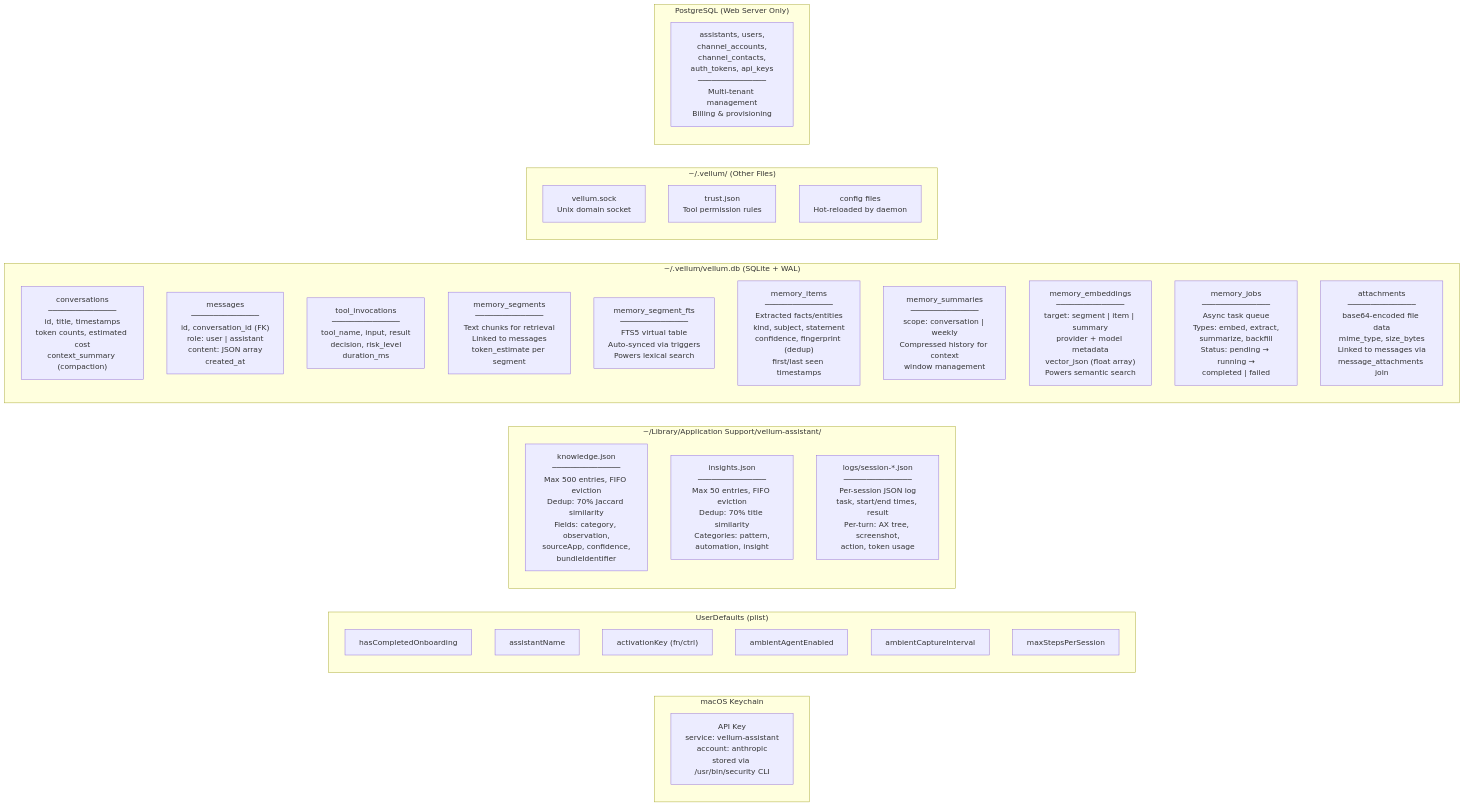
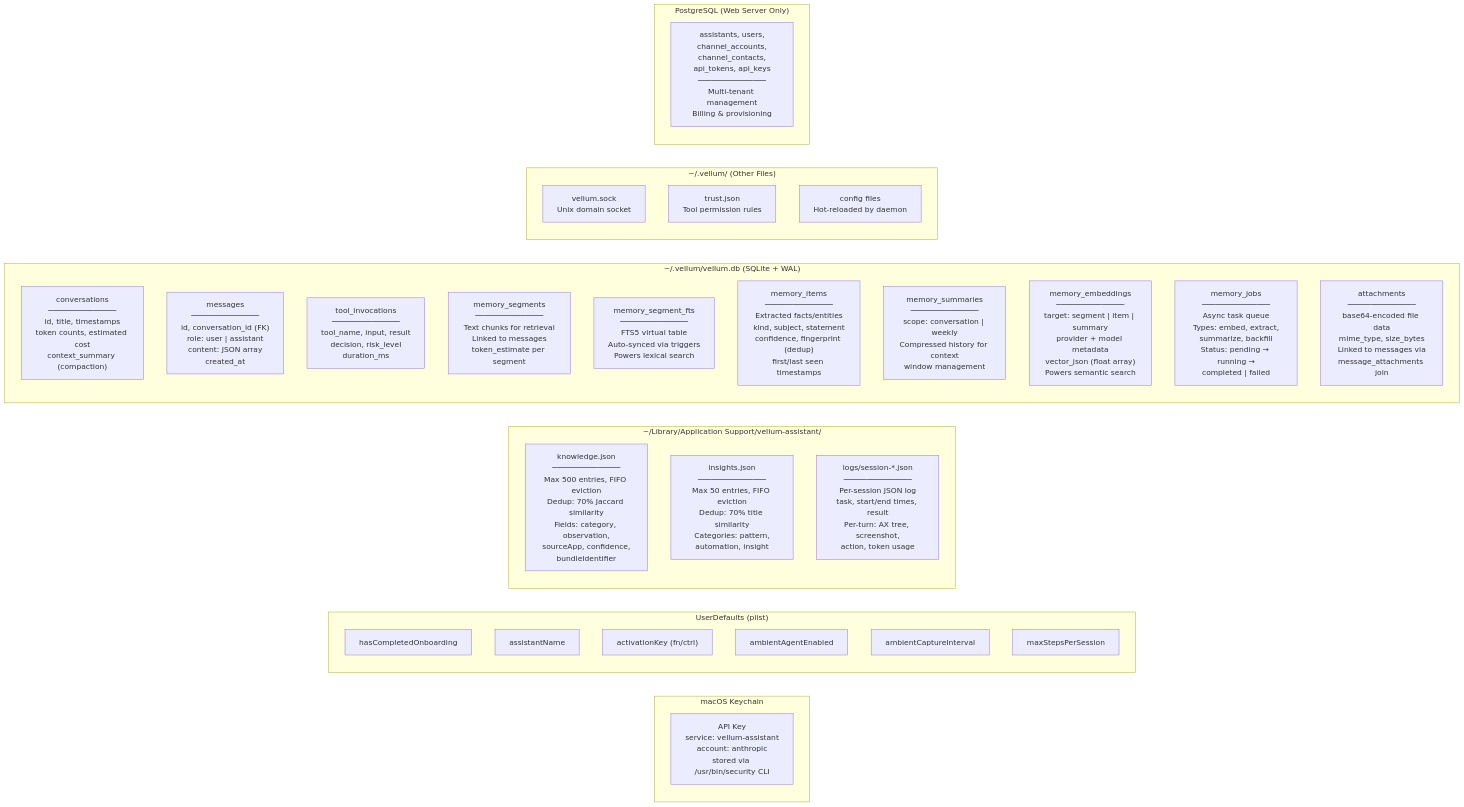
One commit to vellum-ai/vellum-assistant changed the second of 9 diagrams in ARCHITECTURE.md. Above: the diagram before and after it, drawn with Mermaid. The commit also changed other lines of this file, not shown here.

First line of the commit message:
Update architecture diagram with gateway service flow

````diff
--- a/ARCHITECTURE.md
+++ b/ARCHITECTURE.md
@@ -194,46 +211,46 @@
 ```mermaid
 graph LR
     subgraph "macOS Keychain"
         K1["API Key<br/>service: vellum-assistant<br/>account: anthropic<br/>stored via /usr/bin/security CLI"]
     end
 
     subgraph "UserDefaults (plist)"
         UD1["hasCompletedOnboarding"]
         UD2["assistantName"]
         UD3["activationKey (fn/ctrl)"]
         UD4["ambientAgentEnabled"]
         UD5["ambientCaptureInterval"]
         UD6["maxStepsPerSession"]
     end
 
     subgraph "~/Library/Application Support/vellum-assistant/"
         direction TB
         KJ["knowledge.json<br/>───────────────<br/>Max 500 entries, FIFO eviction<br/>Dedup: 70% Jaccard similarity<br/>Fields: category, observation,<br/>sourceApp, confidence,<br/>bundleIdentifier"]
         IJ["insights.json<br/>───────────────<br/>Max 50 entries, FIFO eviction<br/>Dedup: 70% title similarity<br/>Categories: pattern,<br/>automation, insight"]
         SL["logs/session-*.json<br/>───────────────<br/>Per-session JSON log<br/>task, start/end times, result<br/>Per-turn: AX tree, screenshot,<br/>action, token usage"]
     end
 
     subgraph "~/.vellum/vellum.db (SQLite + WAL)"
         direction TB
         CONV["conversations<br/>───────────────<br/>id, title, timestamps<br/>token counts, estimated cost<br/>context_summary (compaction)"]
         MSG["messages<br/>───────────────<br/>id, conversation_id (FK)<br/>role: user | assistant<br/>content: JSON array<br/>created_at"]
         TOOL["tool_invocations<br/>───────────────<br/>tool_name, input, result<br/>decision, risk_level<br/>duration_ms"]
         SEG["memory_segments<br/>───────────────<br/>Text chunks for retrieval<br/>Linked to messages<br/>token_estimate per segment"]
         FTS["memory_segment_fts<br/>───────────────<br/>FTS5 virtual table<br/>Auto-synced via triggers<br/>Powers lexical search"]
         ITEMS["memory_items<br/>───────────────<br/>Extracted facts/entities<br/>kind, subject, statement<br/>confidence, fingerprint (dedup)<br/>first/last seen timestamps"]
         SUM["memory_summaries<br/>───────────────<br/>scope: conversation | weekly<br/>Compressed history for context<br/>window management"]
         EMB["memory_embeddings<br/>───────────────<br/>target: segment | item | summary<br/>provider + model metadata<br/>vector_json (float array)<br/>Powers semantic search"]
         JOBS["memory_jobs<br/>───────────────<br/>Async task queue<br/>Types: embed, extract,<br/>summarize, backfill<br/>Status: pending → running →<br/>completed | failed"]
         ATT["attachments<br/>───────────────<br/>base64-encoded file data<br/>mime_type, size_bytes<br/>Linked to messages via<br/>message_attachments join"]
     end
 
     subgraph "~/.vellum/ (Other Files)"
         SOCK["vellum.sock<br/>Unix domain socket"]
         TRUST["trust.json<br/>Tool permission rules"]
         CONFIG["config files<br/>Hot-reloaded by daemon"]
     end
 
     subgraph "PostgreSQL (Web Server Only)"
-        PG["assistants, users,<br/>channel_accounts,<br/>channel_contacts,<br/>auth_tokens, api_keys<br/>───────────────<br/>Multi-tenant management<br/>Billing & provisioning"]
+        PG["assistants, users,<br/>channel_accounts,<br/>channel_contacts,<br/>api_tokens, api_keys<br/>───────────────<br/>Multi-tenant management<br/>Billing & provisioning"]
     end
 ```
````
